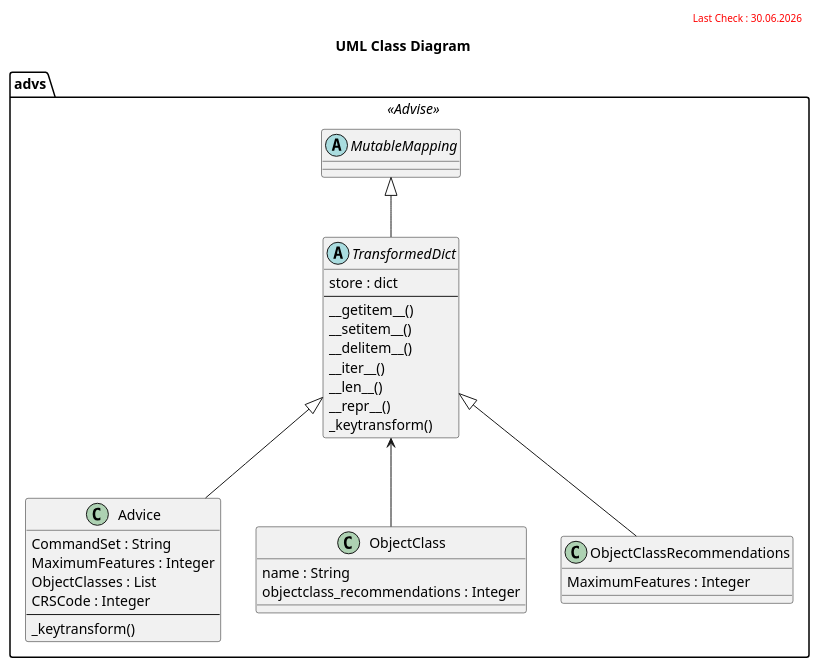
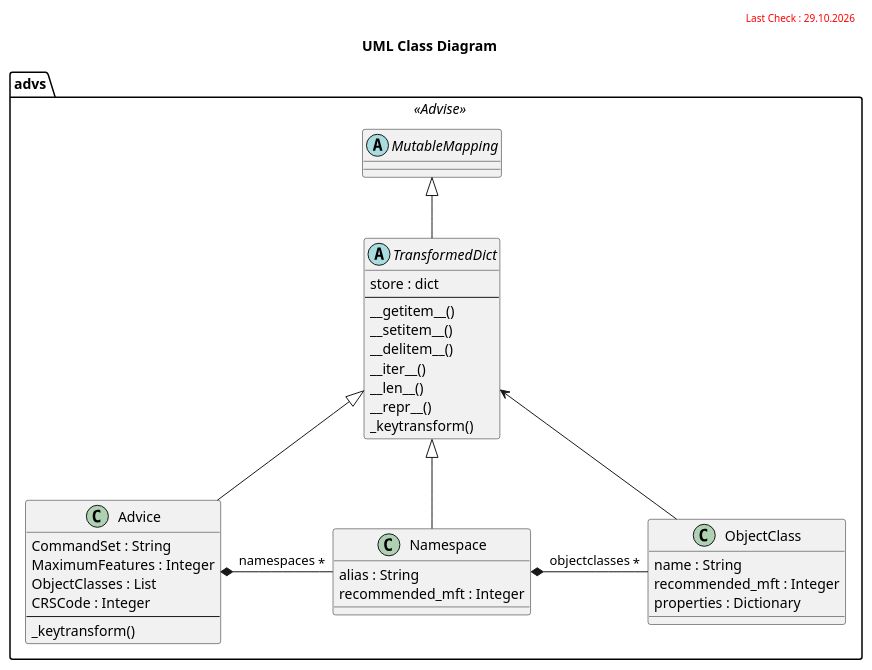
The diagram in docs/includes/advice_classes.md (3dcitydb/citydb-3dtiler), drawn with PlantUML before and after one commit. The commit also changed 12 other files, not shown here.

````diff
--- a/docs/includes/advice_classes.md
+++ b/docs/includes/advice_classes.md
@@ -10,48 +10,56 @@
 ```puml
 @startuml
 title UML Class Diagram 
 header
-<font color=red size=10>Last Check : 30.06.2026</font>
+<font color=red size=10>Last Check : 29.10.2026</font>
 endheader
-'footer
-'<font color=blue size=9>30.06.2026</font>
-'endfooter
 
 '!include card-style.puml
 
 namespace advs <<Advise>> {
   abstract class MutableMapping {
   }
   abstract class TransformedDict {
     store : dict
     ---
     __getitem__()
     __setitem__()
     __delitem__()
     __iter__()
     __len__()
     __repr__()
     _keytransform()
   }
   TransformedDict -up-|> MutableMapping
   class Advice {
     CommandSet : String
     MaximumFeatures : Integer
     ObjectClasses : List
     CRSCode : Integer
     ---
     _keytransform()
   }
   Advice -up-|> TransformedDict
+  Advice *- "*" Namespace : namespaces
+  
+  class Namespace {
+    alias : String
+    recommended_mft : Integer
+  }
+  Namespace -up-|> TransformedDict
+  Namespace *- "*" ObjectClass : objectclasses
+
   class ObjectClass {
     name : String
-    objectclass_recommendations : Integer
+    recommended_mft : Integer
+    properties : Dictionary
   }
   ObjectClass -up-> TransformedDict
-  class ObjectClassRecommendations {
-    MaximumFeatures : Integer
-  }
-  ObjectClassRecommendations -up-|> TransformedDict
+  
+  'class ObjectClassRecommendations {
+  '  MaximumFeatures : Integer
+  '}
+  'ObjectClassRecommendations -up-|> TransformedDict
 }
 @enduml
 ```
````
